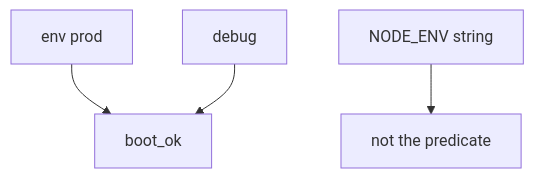
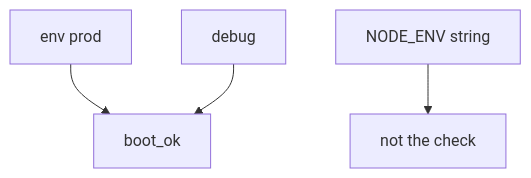
One commit to ishitvagoel/LearnSecurity changed the first of 2 diagrams in content/modules/10/10.4/lessons/02-model.md. Above: the diagram before and after it, drawn with Mermaid. The commit also changed other lines of this file and 39 other files, not shown here.

````diff
--- a/content/modules/10/10.4/lessons/02-model.md
+++ b/content/modules/10/10.4/lessons/02-model.md
@@ -15,6 +18,6 @@
 ```mermaid
 flowchart TD
   Env[env prod] --> Boot[boot_ok]
   Debug[debug] --> Boot
-  Node[NODE_ENV string] --> NotBoot[not the predicate]
+  Node[NODE_ENV string] --> NotBoot[not the check]
 ```
````
